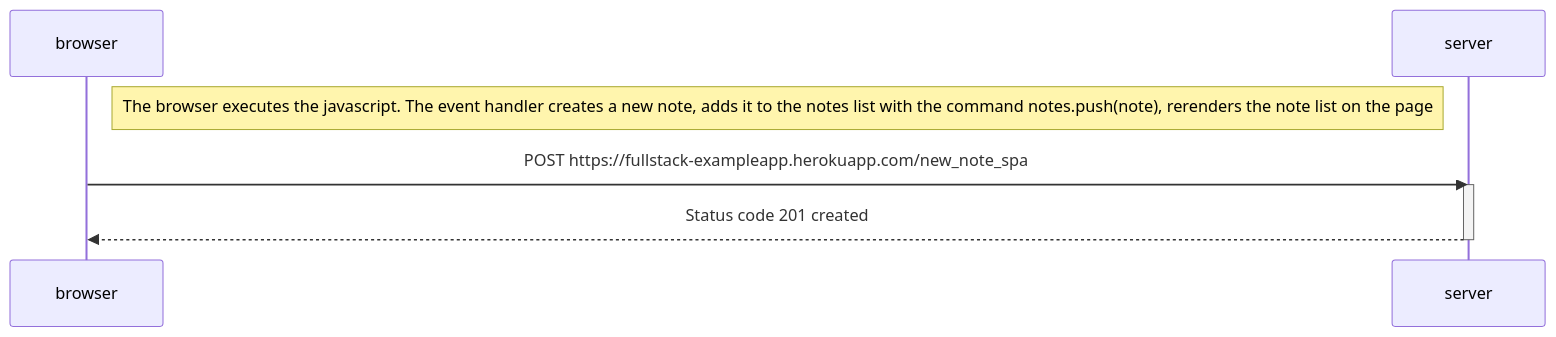
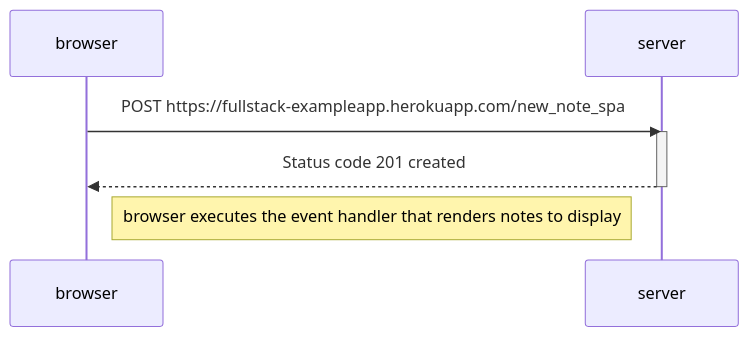
One commit to BMcIron/full-stack-open changed the diagram in part0/0.6-new-note-in-single-page-app-diagram.md. Above: the diagram before and after it, drawn with Mermaid.

````diff
--- a/part0/0.6-new-note-in-single-page-app-diagram.md
+++ b/part0/0.6-new-note-in-single-page-app-diagram.md
@@ -1,15 +1,15 @@
 ```mermaid
 sequenceDiagram
 
     participant browser
     participant server
     
-    Note right of browser: The browser executes the javascript. The event handler creates a new note, adds it to the notes list with the command notes.push(note), rerenders the note list on the page
-    
     browser->>server: POST https://fullstack-exampleapp.herokuapp.com/new_note_spa
     activate server
     
     server-->>browser: Status code 201 created
     deactivate server
+    
+    note right of browser : browser executes the event handler that renders notes to display
 
 ```
````
